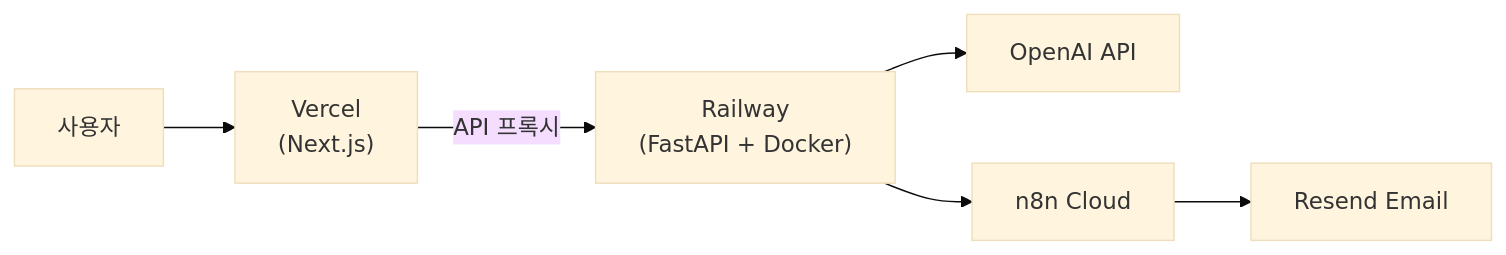
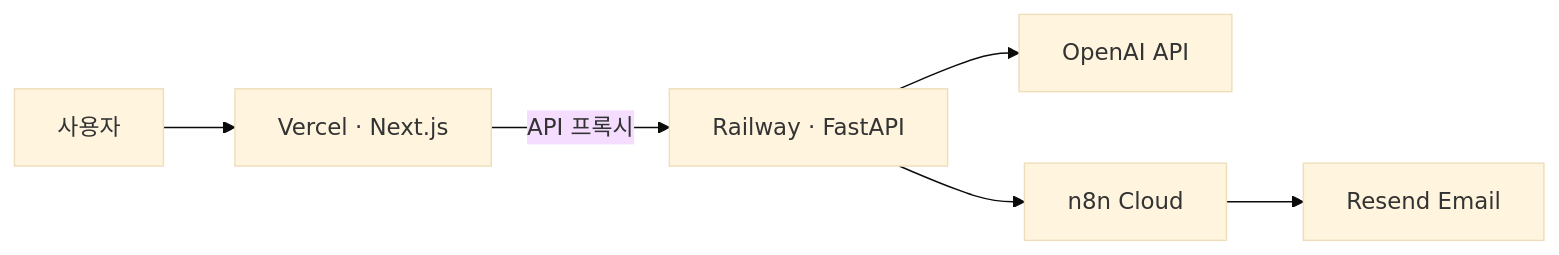
Diagram 14 of 14 in portfolio/PORTFOLIO.md (ASNGG/cafe24-demo), drawn with Mermaid (base theme) before and after one commit. The commit also changed other lines of this file, not shown here.

First line of the commit message:
docs: PORTFOLIO.md 스타일 개선 및 Mermaid 다이어그램 최적화

````diff
--- a/portfolio/PORTFOLIO.md
+++ b/portfolio/PORTFOLIO.md
@@ -705,8 +779,8 @@
 ```mermaid
 flowchart LR
-    User[사용자] --> Vercel["Vercel<br/>(Next.js)"]
-    Vercel -->|"API 프록시"| Railway["Railway<br/>(FastAPI + Docker)"]
+    User[사용자] --> Vercel["Vercel · Next.js"]
+    Vercel -->|"API 프록시"| Railway["Railway · FastAPI"]
     Railway --> OpenAI["OpenAI API"]
     Railway --> n8n["n8n Cloud"]
     n8n --> Resend["Resend Email"]
 ```
````
